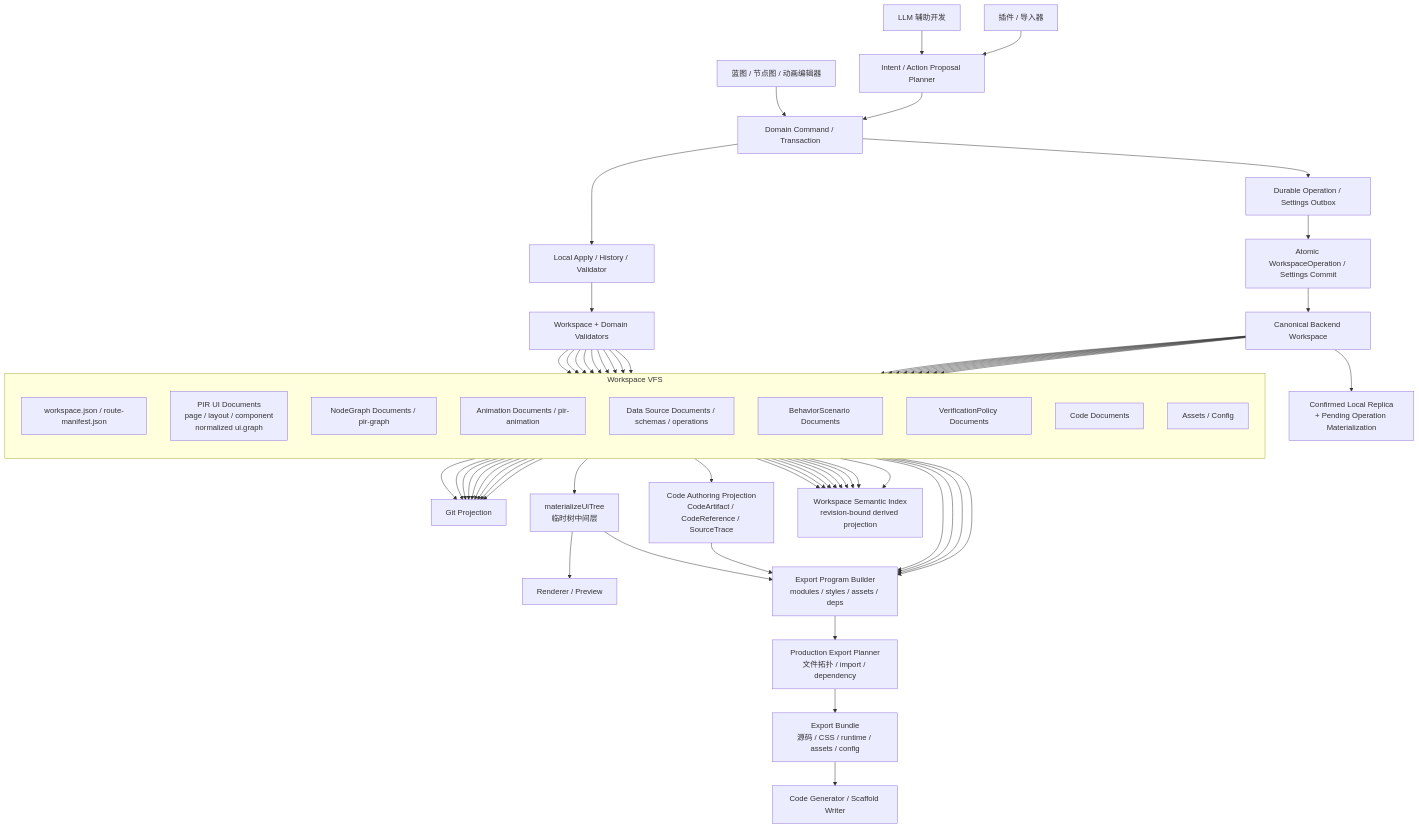
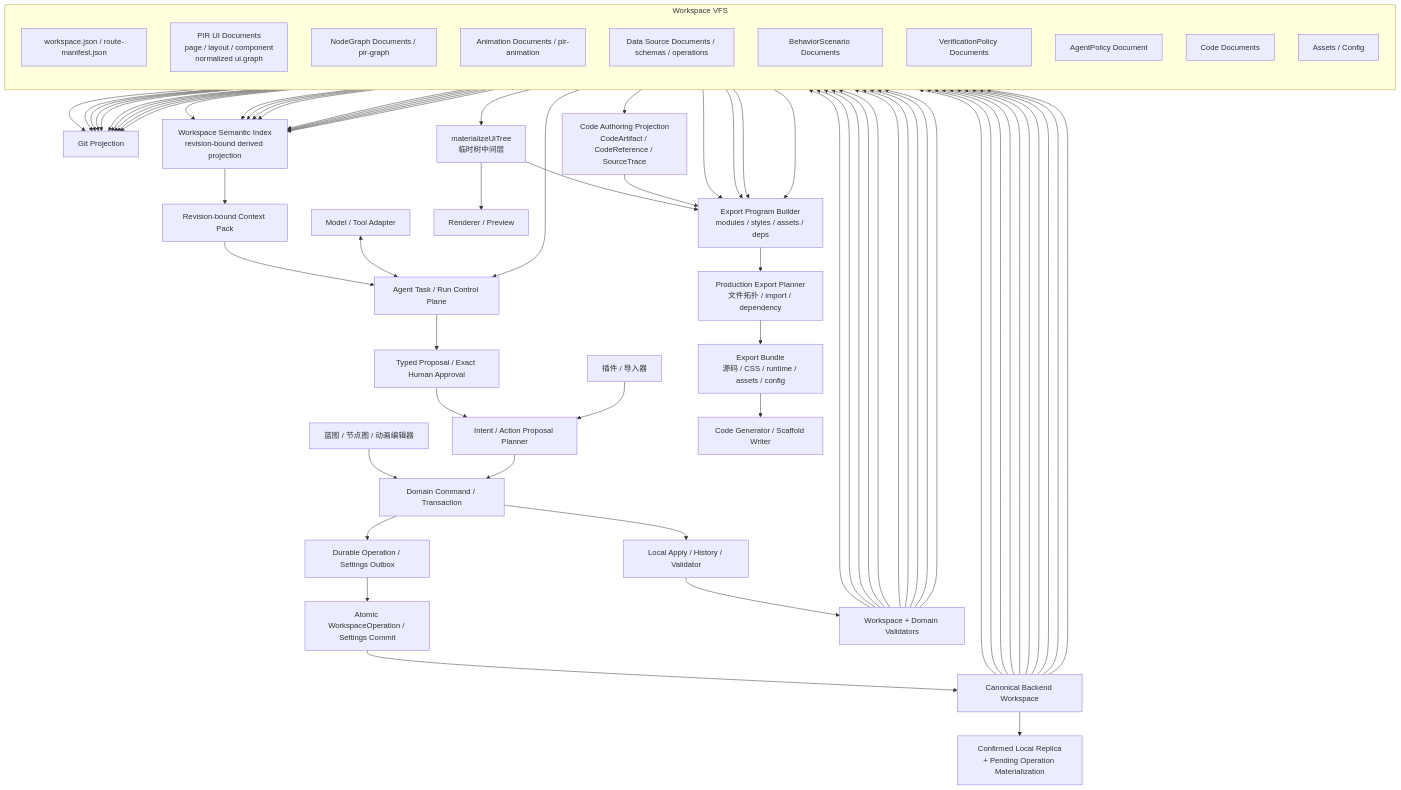
One commit to prodivix/prodivix changed the second of 4 diagrams in docs/architecture/overview.md. Above: the diagram before and after it, drawn with Mermaid. The commit also changed other lines of this file and 137 other files, not shown here.

````diff
--- a/docs/architecture/overview.md
+++ b/docs/architecture/overview.md
@@ -119,53 +128,60 @@
 ```mermaid
 flowchart TD
     Editors["蓝图 / 节点图 / 动画编辑器"]
-    LLM["LLM 辅助开发"]
+    LLM["Model / Tool Adapter"]
+    AgentControl["Agent Task / Run Control Plane"]
+    ContextPack["Revision-bound Context Pack"]
+    ProposalApproval["Typed Proposal / Exact Human Approval"]
     Extensions["插件 / 导入器"]
     Planner["Intent / Action Proposal Planner"]
     Commands["Domain Command / Transaction"]
     History["Local Apply / History / Validator"]
     Outbox["Durable Operation / Settings Outbox"]
     AtomicCommit["Atomic WorkspaceOperation / Settings Commit"]
 
     subgraph VFS ["Workspace VFS"]
         direction TB
         WorkspaceCore["workspace.json / route-manifest.json"]
         Graph["PIR UI Documents<br/>page / layout / component<br/>normalized ui.graph"]
         NodeGraphDocs["NodeGraph Documents / pir-graph"]
         AnimationDocs["Animation Documents / pir-animation"]
         DataDocs["Data Source Documents / schemas / operations"]
         BehaviorDocs["BehaviorScenario Documents"]
         VerificationPolicyDocs["VerificationPolicy Documents"]
+        AgentPolicyDocs["AgentPolicy Document"]
         CodeDocs["Code Documents"]
         Assets["Assets / Config"]
     end
 
     Validators["Workspace + Domain Validators"]
     Persistence["Canonical Backend Workspace"]
     Replica["Confirmed Local Replica<br/>+ Pending Operation Materialization"]
     GitProjection["Git Projection"]
     Materialize["materializeUiTree<br/>临时树中间层"]
     Renderer["Renderer / Preview"]
     CodeAuthoring["Code Authoring Projection<br/>CodeArtifact / CodeReference / SourceTrace"]
     SemanticIndex["Workspace Semantic Index<br/>revision-bound derived projection"]
     ExportProgramBuilder["Export Program Builder<br/>modules / styles / assets / deps"]
     ExportPlanner["Production Export Planner<br/>文件拓扑 / import / dependency"]
     ExportBundle["Export Bundle<br/>源码 / CSS / runtime / assets / config"]
     Codegen["Code Generator / Scaffold Writer"]
 
     Editors --> Commands
-    LLM --> Planner --> Commands
+    SemanticIndex --> ContextPack --> AgentControl
+    AgentPolicyDocs --> AgentControl
+    LLM <--> AgentControl
+    AgentControl --> ProposalApproval --> Planner --> Commands
     Extensions --> Planner
     Commands --> History --> Validators
-    Validators --> WorkspaceCore & Graph & NodeGraphDocs & AnimationDocs & DataDocs & BehaviorDocs & VerificationPolicyDocs & CodeDocs & Assets
+    Validators --> WorkspaceCore & Graph & NodeGraphDocs & AnimationDocs & DataDocs & BehaviorDocs & VerificationPolicyDocs & AgentPolicyDocs & CodeDocs & Assets
     Commands --> Outbox --> AtomicCommit --> Persistence
     Persistence --> Replica
-    Persistence --> WorkspaceCore & Graph & NodeGraphDocs & AnimationDocs & DataDocs & BehaviorDocs & VerificationPolicyDocs & CodeDocs & Assets
-    WorkspaceCore & Graph & NodeGraphDocs & AnimationDocs & DataDocs & BehaviorDocs & VerificationPolicyDocs & CodeDocs & Assets --> GitProjection
-    WorkspaceCore & Graph & NodeGraphDocs & AnimationDocs & DataDocs & BehaviorDocs & VerificationPolicyDocs & CodeDocs & Assets --> SemanticIndex
+    Persistence --> WorkspaceCore & Graph & NodeGraphDocs & AnimationDocs & DataDocs & BehaviorDocs & VerificationPolicyDocs & AgentPolicyDocs & CodeDocs & Assets
+    WorkspaceCore & Graph & NodeGraphDocs & AnimationDocs & DataDocs & BehaviorDocs & VerificationPolicyDocs & AgentPolicyDocs & CodeDocs & Assets --> GitProjection
+    WorkspaceCore & Graph & NodeGraphDocs & AnimationDocs & DataDocs & BehaviorDocs & VerificationPolicyDocs & AgentPolicyDocs & CodeDocs & Assets --> SemanticIndex
     Graph --> Materialize --> Renderer
     Materialize --> ExportProgramBuilder
     CodeDocs --> CodeAuthoring --> ExportProgramBuilder
     NodeGraphDocs & AnimationDocs & DataDocs & Assets --> ExportProgramBuilder
     ExportProgramBuilder --> ExportPlanner --> ExportBundle --> Codegen
 ```
````
